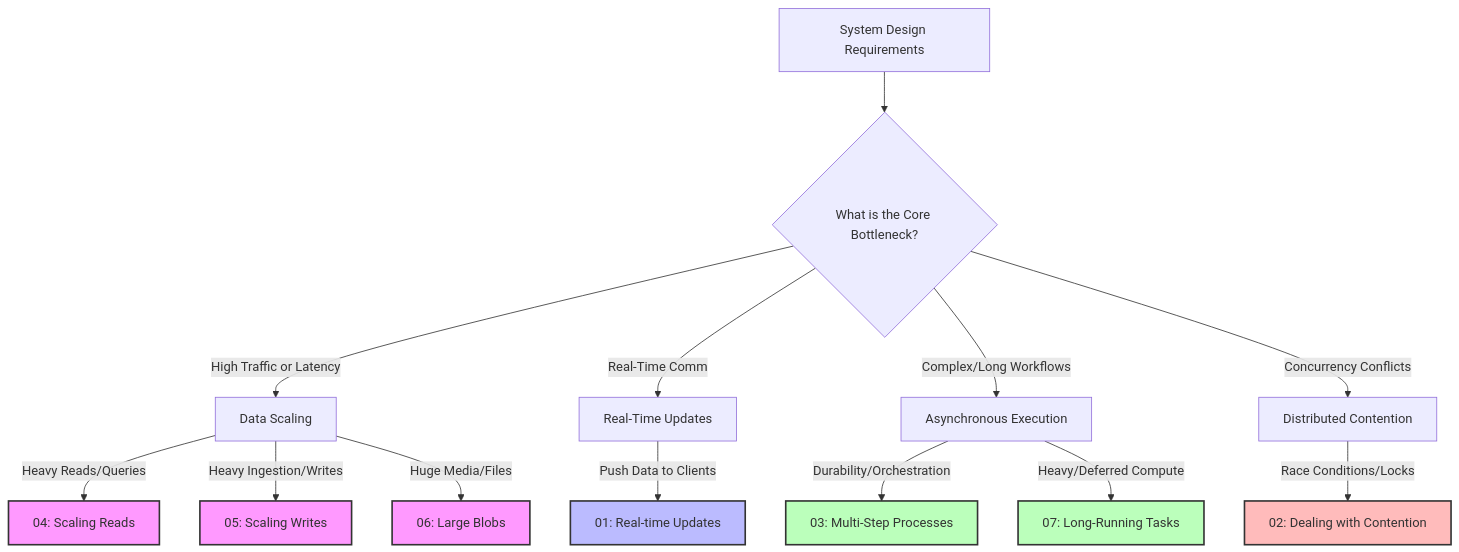
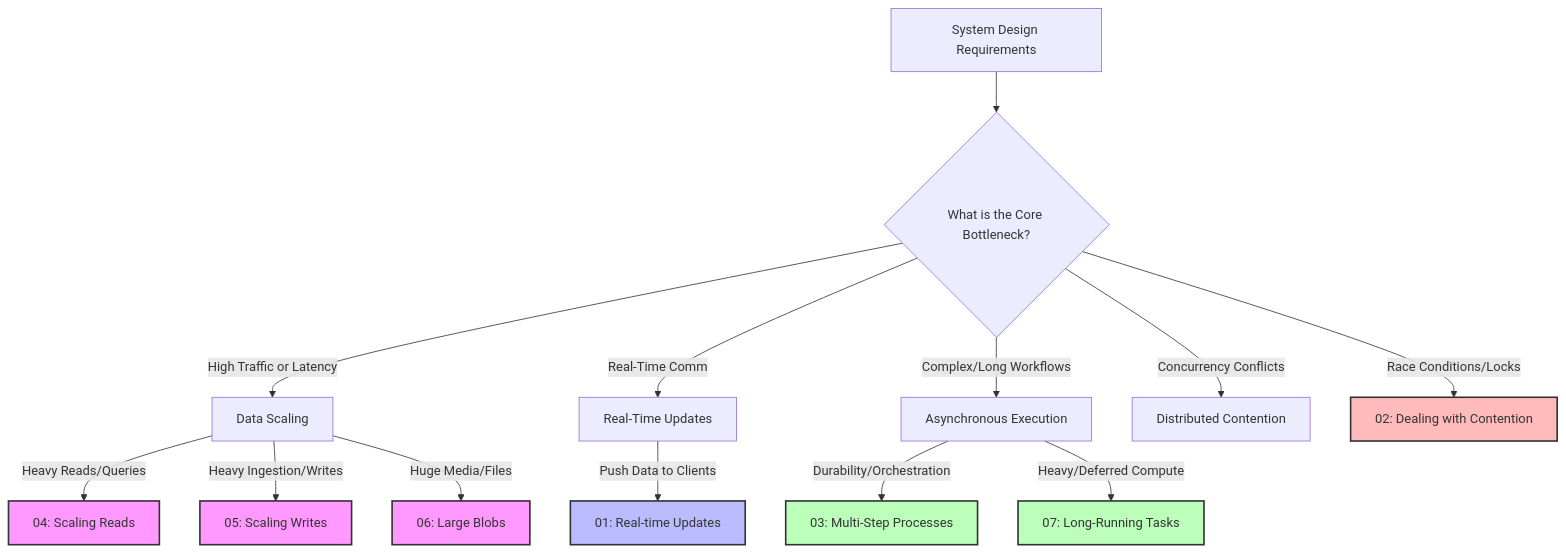
The second of 2 diagrams in README.md (weifengcao/deep_system_design), drawn with Mermaid before and after one commit. The commit also changed other lines of this file, not shown here.

````diff
--- a/README.md
+++ b/README.md
@@ -19,28 +74,28 @@
 ```mermaid
 graph TD
     A[System Design Requirements] --> B{What is the Core Bottleneck?}
     
     B -->|High Traffic or Latency| C[Data Scaling]
     B -->|Real-Time Comm| D[Real-Time Updates]
     B -->|Complex/Long Workflows| E[Asynchronous Execution]
     B -->|Concurrency Conflicts| F[Distributed Contention]
     
     C -->|Heavy Reads/Queries| G["04: Scaling Reads"]
     C -->|Heavy Ingestion/Writes| H["05: Scaling Writes"]
     C -->|Huge Media/Files| I["06: Large Blobs"]
     
     D -->|Push Data to Clients| J["01: Real-time Updates"]
     
     E -->|Durability/Orchestration| K["03: Multi-Step Processes"]
     E -->|Heavy/Deferred Compute| L["07: Long-Running Tasks"]
     
-    F -->|Race Conditions/Locks| M["02: Dealing with Contention"]
+    B -->|Race Conditions/Locks| M["02: Dealing with Contention"]
     
     style G fill:#f9f,stroke:#333,stroke-width:2px
     style H fill:#f9f,stroke:#333,stroke-width:2px
     style I fill:#f9f,stroke:#333,stroke-width:2px
     style J fill:#bbf,stroke:#333,stroke-width:2px
     style K fill:#bfb,stroke:#333,stroke-width:2px
     style L fill:#bfb,stroke:#333,stroke-width:2px
     style M fill:#fbb,stroke:#333,stroke-width:2px
 ```
````
